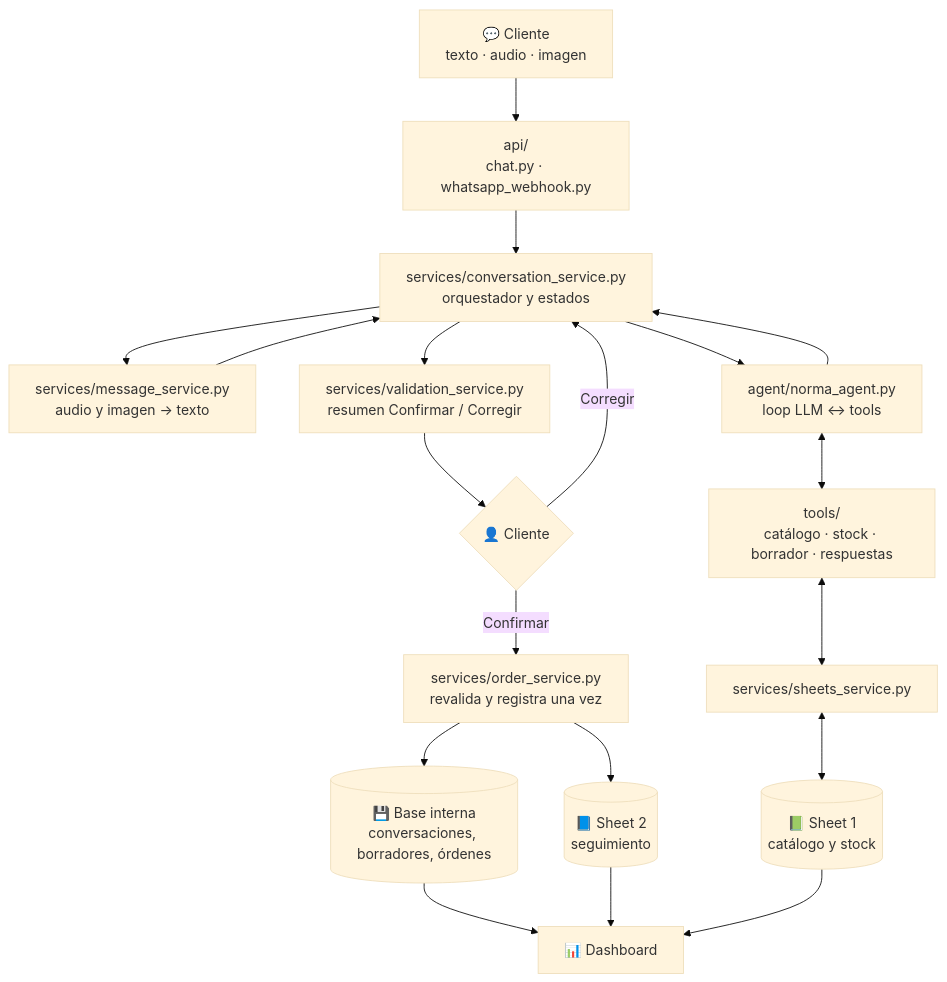
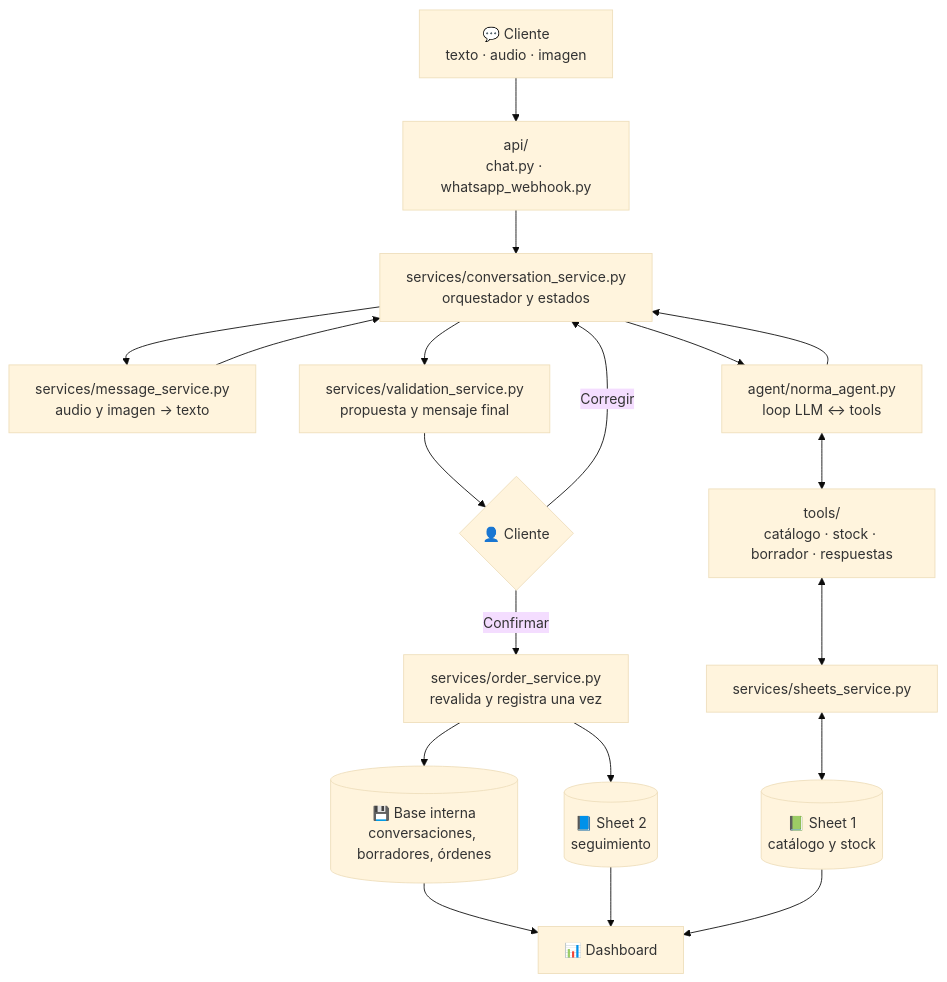
One commit to FernandoMRestelli/norma-agentic-ai changed the second of 2 diagrams in docs/spec/README.md. Above: the diagram before and after it, drawn with Mermaid (base theme). The commit also changed other lines of this file and 111 other files, not shown here.

````diff
--- a/docs/spec/README.md
+++ b/docs/spec/README.md
@@ -172,21 +174,21 @@
 ```mermaid
 flowchart TD
     A[💬 Cliente<br/>texto · audio · imagen] --> B[api/<br/>chat.py · whatsapp_webhook.py]
     B --> O[services/conversation_service.py<br/>orquestador y estados]
     O --> C[services/message_service.py<br/>audio y imagen → texto]
     C --> O
     O --> D[agent/norma_agent.py<br/>loop LLM ↔ tools]
     D <--> T[tools/<br/>catálogo · stock · borrador · respuestas]
     T <--> H[services/sheets_service.py]
     H <--> G[(📗 Sheet 1<br/>catálogo y stock)]
     D --> O
-    O --> V[services/validation_service.py<br/>resumen Confirmar / Corregir]
+    O --> V[services/validation_service.py<br/>propuesta y mensaje final]
     V --> J{👤 Cliente}
     J -->|Corregir| O
     J -->|Confirmar| K[services/order_service.py<br/>revalida y registra una vez]
     K --> DB[(💾 Base interna<br/>conversaciones, borradores, órdenes)]
     K --> L[(📘 Sheet 2<br/>seguimiento)]
     DB --> N[📊 Dashboard]
     L --> N
     G --> N
 ```
````
